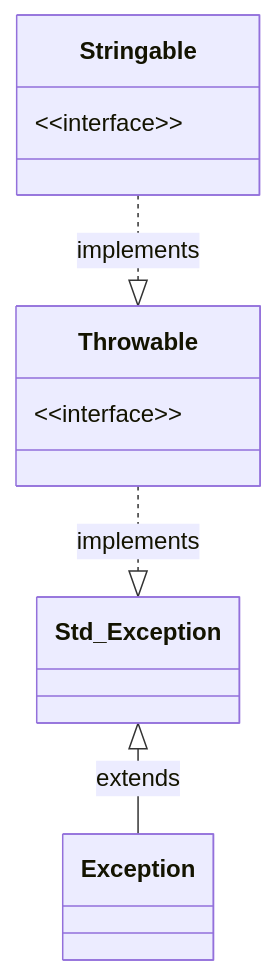
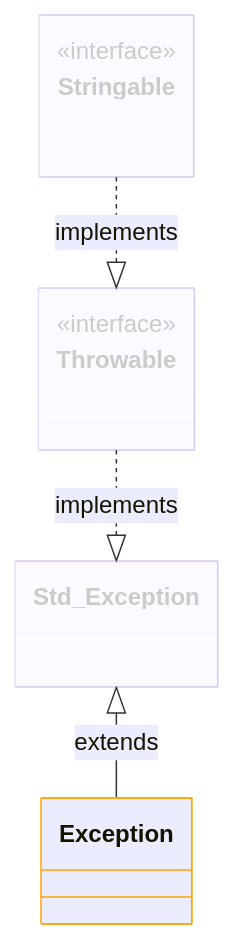
The fourth of 4 diagrams in libraries/README.md (volta-framework/component-logging), drawn with Mermaid before and after one commit. The commit also changed other lines of this file and 5 other files, not shown here.

Commit message:
UPDATE: UML and documentation

````diff
--- a/libraries/README.md
+++ b/libraries/README.md
@@ -70,16 +112,18 @@
 ```mermaid
 classDiagram
     direction TB
+    
     class Exception
     class Std_Exception
-    class Stringable {
-        &lt;&lt;interface&gt;&gt;
-    }
-    class Throwable {
-        &lt;&lt;interface&gt;&gt;
-    }
+    class Stringable { <<interface>> }
+    class Throwable { <<interface>> }
+    
+    style Std_Exception opacity: 0.2 
+    style Stringable opacity: 0.2
+    style Throwable opacity: 0.2 
+    style Exception stroke:#FFa500
     
     Std_Exception  <|-- Exception : extends
     Stringable ..|> Throwable : implements
     Throwable  ..|> Std_Exception : implements
 ```
````
